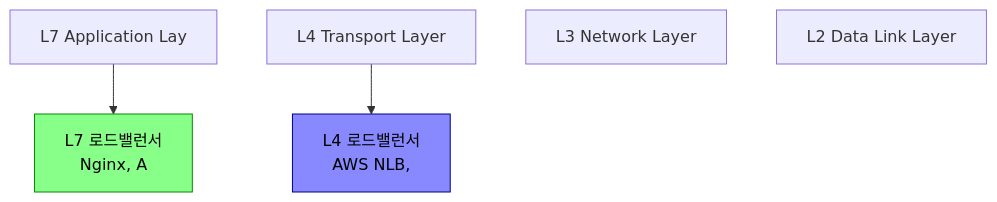
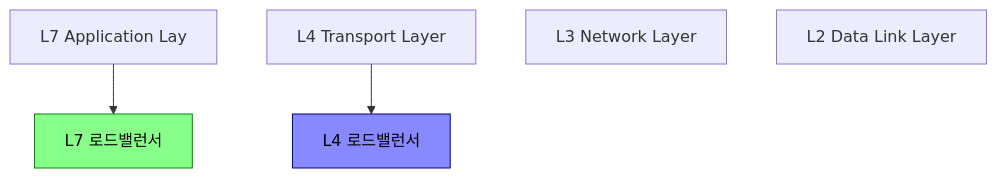
Before and after one commit to yjkim2015/yjkim2015.github.io: the first of 8 diagrams in _posts/network/2026-05-01-load-balancer.md, drawn with Mermaid. The commit also changed other lines of this file and 217 other files, not shown here.

First line of the commit message:
Mermaid 크기 수정: useMaxWidth:true + SVG max-width:100% + 라벨 축소

````diff
--- a/_posts/network/2026-05-01-load-balancer.md
+++ b/_posts/network/2026-05-01-load-balancer.md
@@ -23,13 +23,13 @@
 ```mermaid
 graph TD
     L7["L7 Application Lay"]
     L4["L4 Transport Layer"]
-    L3["L3 Network Layer\n"]
+    L3["L3 Network Layer"]
     L2["L2 Data Link Layer"]
-    LB_L7["L7 로드밸런서\nNginx, A"]
-    LB_L4["L4 로드밸런서\nAWS NLB,"]
+    LB_L7["L7 로드밸런서"]
+    LB_L4["L4 로드밸런서"]
     L7 --> LB_L7
     L4 --> LB_L4
     style LB_L7 fill:#8f8,stroke:#080,color:#000
     style LB_L4 fill:#88f,stroke:#008,color:#000
 ```
````
